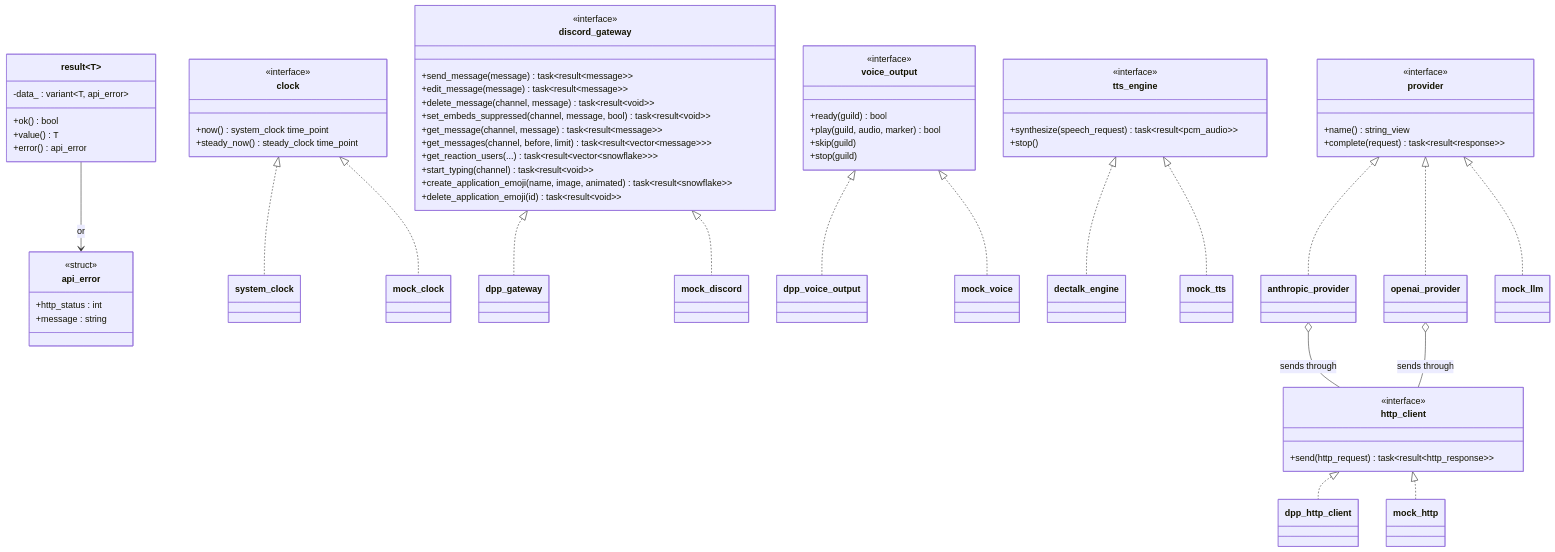
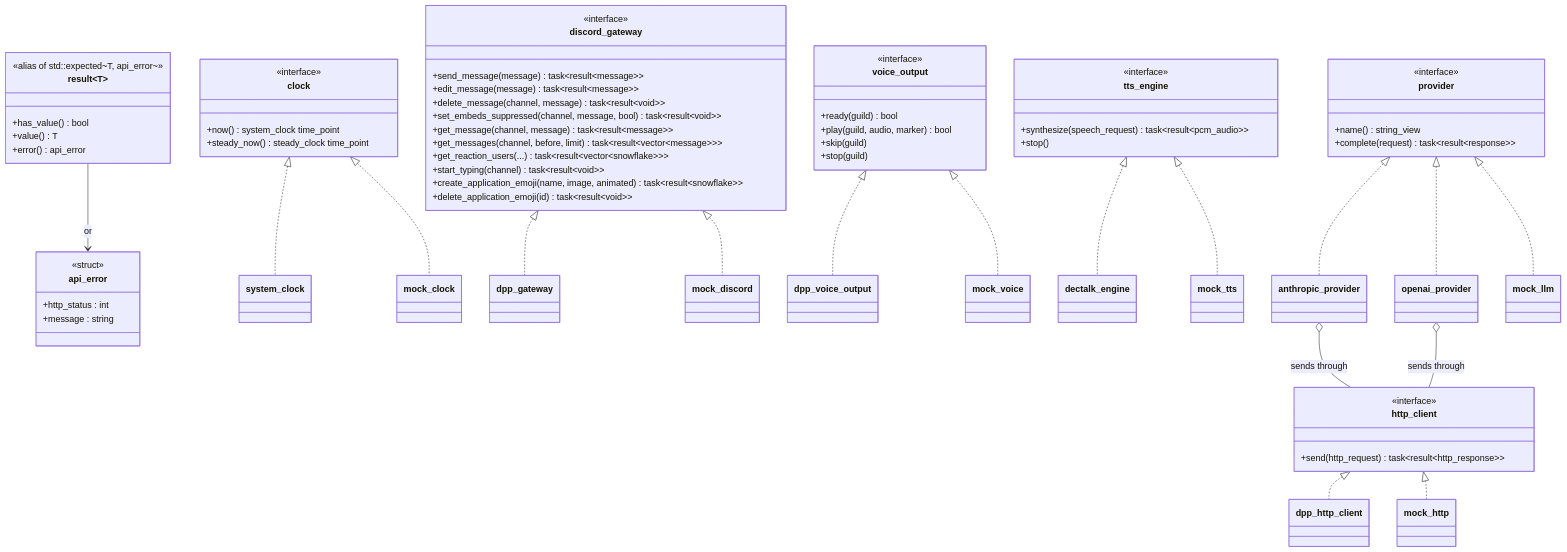
Before and after one commit to mhorn00/LatiBot-cpp: the second of 13 diagrams in docs/architecture/Classes.md, drawn with Mermaid. The commit also changed other lines of this file and 39 other files, not shown here.

First line of the commit message:
refactor: ports::result is std::expected

```diff
--- a/docs/architecture/Classes.md
+++ b/docs/architecture/Classes.md
@@ -125,8 +125,8 @@
         +complete(request) task~result~response~~
     }
     class result~T~ {
-        -data_ : variant~T, api_error~
-        +ok() bool
+        <<alias of std::expected~T, api_error~>>
+        +has_value() bool
         +value() T
         +error() api_error
     }
```
